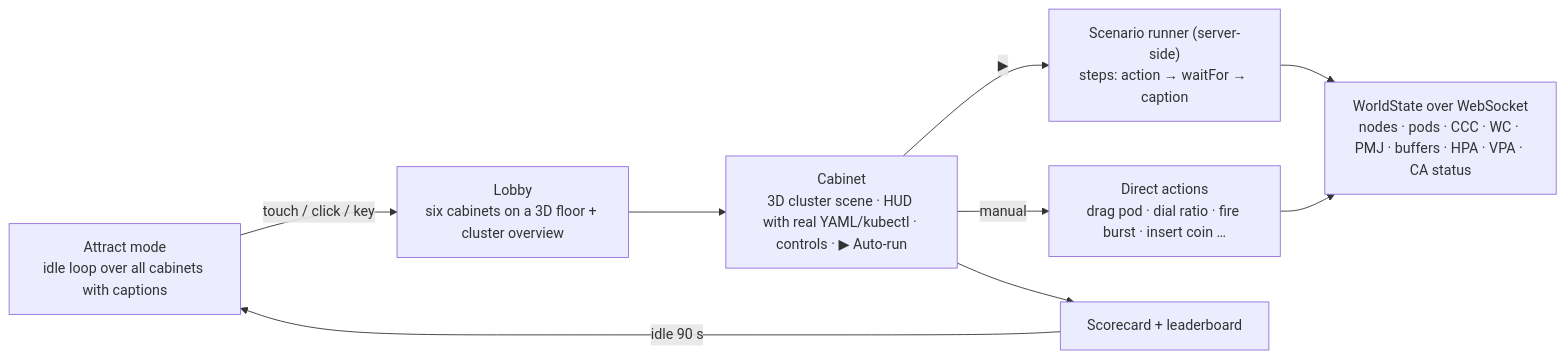
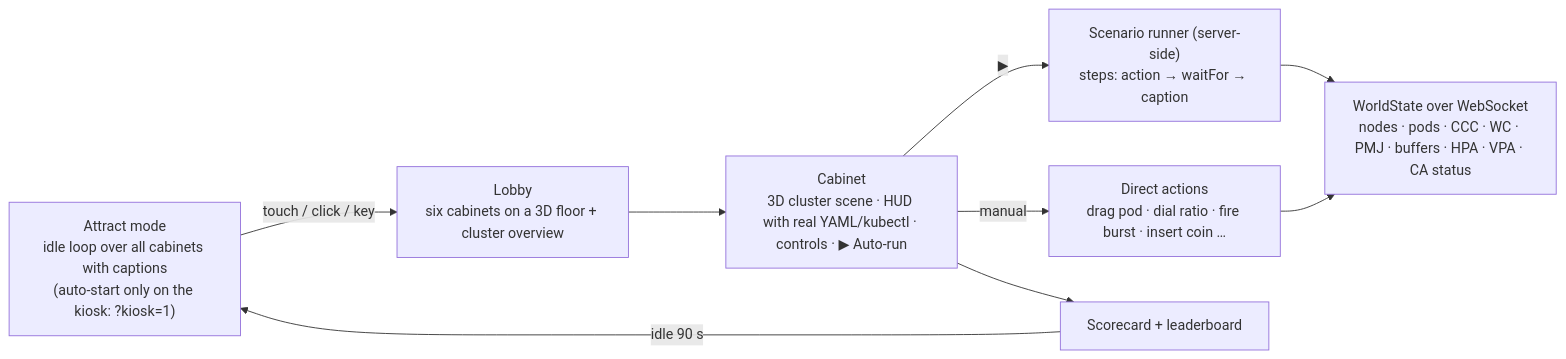
One commit to gke-demos/autoscale-arcade changed the diagram in docs/design.md. Above: the diagram before and after it, drawn with Mermaid. The commit also changed 4 other files, not shown here.

Commit message:
Make idle auto-attract opt-in (?kiosk=1) and count pointer movement as activity

````diff
--- a/docs/design.md
+++ b/docs/design.md
@@ -25,10 +25,10 @@
 ```mermaid
 flowchart LR
-  A["Attract mode\nidle loop over all cabinets with captions"] -->|touch / click / key| B["Lobby\nsix cabinets on a 3D floor + cluster overview"]
+  A["Attract mode\nidle loop over all cabinets with captions\n(auto-start only on the kiosk: ?kiosk=1)"] -->|touch / click / key| B["Lobby\nsix cabinets on a 3D floor + cluster overview"]
   B --> C["Cabinet\n3D cluster scene · HUD with real YAML/kubectl · controls · ▶ Auto-run"]
   C -->|▶| D["Scenario runner (server-side)\nsteps: action → waitFor → caption"]
   C -->|manual| E["Direct actions\ndrag pod · dial ratio · fire burst · insert coin …"]
   D & E --> F["WorldState over WebSocket\nnodes · pods · CCC · WC · PMJ · buffers · HPA · VPA · CA status"]
   C --> G["Scorecard + leaderboard"]
   G -->|idle 90 s| A
 ```
````
